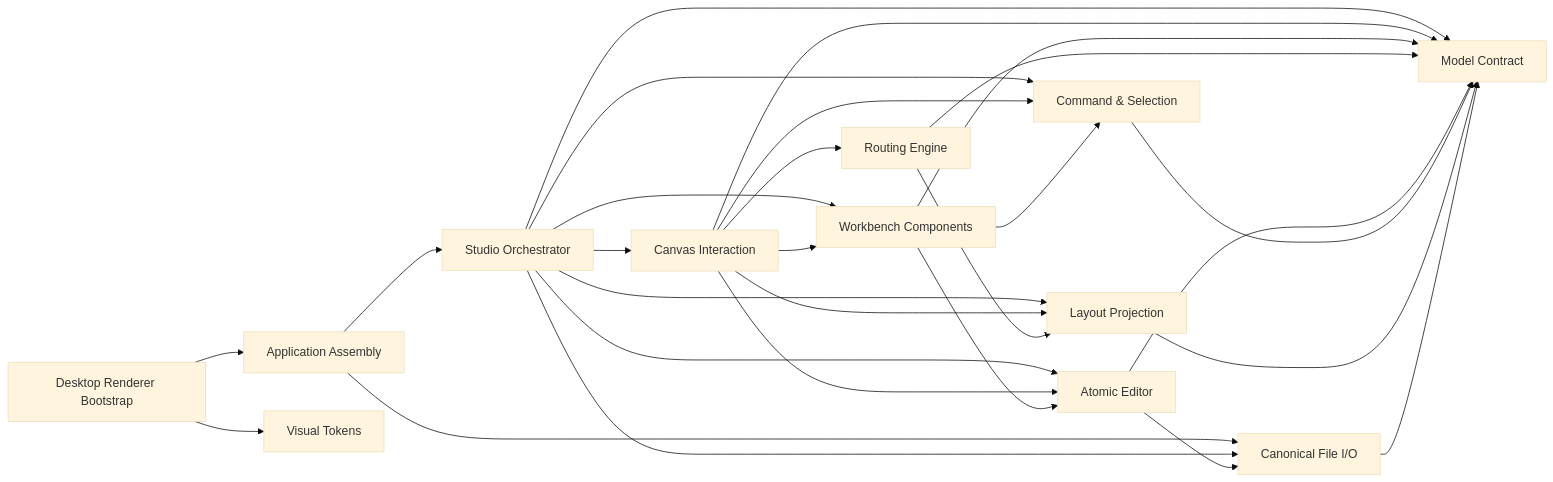
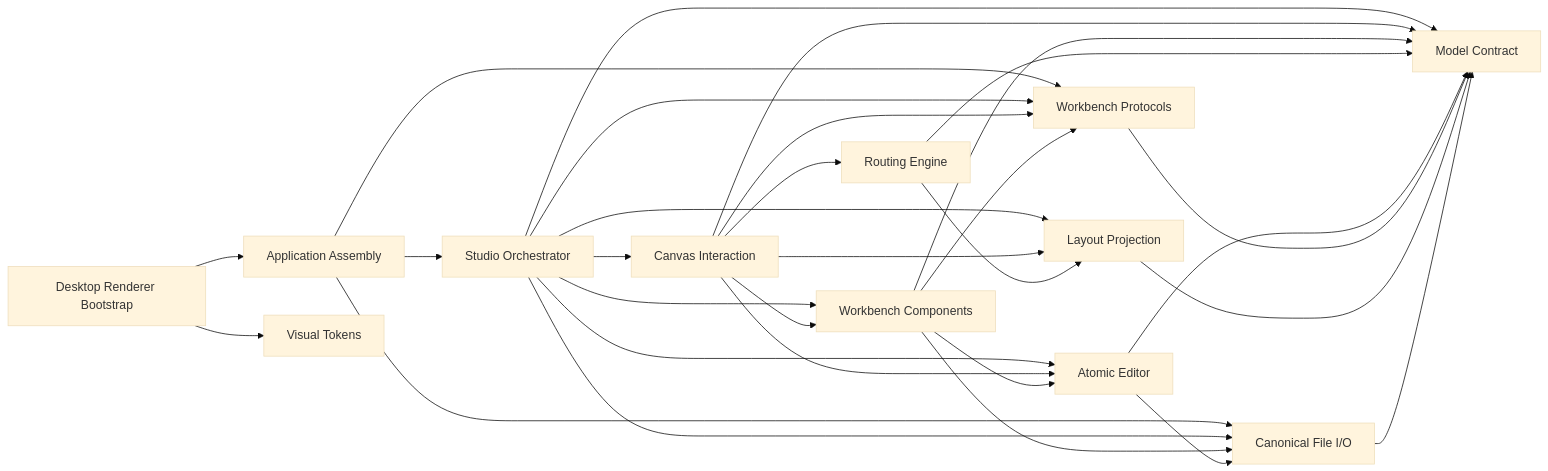
Before and after one commit to xueyu888/architecture-block-studio: the diagram in docs/ARCHITECTURE.md, drawn with Mermaid (base theme). The commit also changed other lines of this file and 43 other files, not shown here.

````diff
--- a/docs/ARCHITECTURE.md
+++ b/docs/ARCHITECTURE.md
@@ -66,30 +68,32 @@
 ```mermaid
 flowchart LR
   bootstrap[Desktop Renderer Bootstrap] --> app[Application Assembly]
   bootstrap --> styles[Visual Tokens]
   app --> studio[Studio Orchestrator]
   app --> io[Canonical File I/O]
+  app --> protocols[Workbench Protocols]
   studio --> canvas[Canvas Interaction]
   studio --> workbench[Workbench Components]
-  studio --> protocols[Command & Selection]
+  studio --> protocols
   studio --> editor[Atomic Editor]
   studio --> layout[Layout Projection]
   studio --> io
   studio --> model[Model Contract]
   canvas --> workbench
   canvas --> protocols
   canvas --> editor
   canvas --> routing[Routing Engine]
   canvas --> layout
   canvas --> model
   workbench --> protocols
   workbench --> editor
+  workbench --> io
   workbench --> model
   routing --> layout
   routing --> model
   editor --> io
   editor --> model
   protocols --> model
   layout --> model
   io --> model
 ```
````
